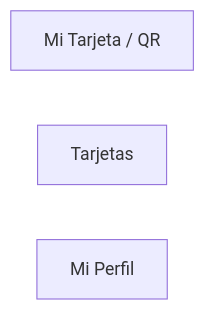
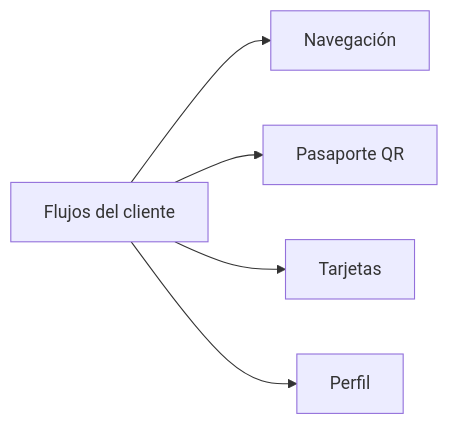
One commit to gagonzalez1/puntazo-docs changed the diagram in docs/flows/20-customer-index.md. Above: the diagram before and after it, drawn with Mermaid. The commit also changed other lines of this file and 42 other files, not shown here.

Commit message:
docs: reconcile current Puntazo architecture and deployed environments

````diff
--- a/docs/flows/20-customer-index.md
+++ b/docs/flows/20-customer-index.md
@@ -15,10 +16,11 @@
 ```mermaid
 flowchart LR
-    QR["Mi Tarjeta / QR"]
-    CARDS["Tarjetas"]
-    PROFILE["Mi Perfil"]
-
-    click QR href "#/flow-customer-passport" "Abrir QR"
-    click CARDS href "#/flow-customer-cards" "Abrir tarjetas"
-    click PROFILE href "#/flow-customer-profile" "Abrir perfil"
+ HUB[Flujos del cliente] --> N0[Navegación]
+ HUB[Flujos del cliente] --> N1[Pasaporte QR]
+ HUB[Flujos del cliente] --> N2[Tarjetas]
+ HUB[Flujos del cliente] --> N3[Perfil]
+ click N0 href "#/flow-customer-navigation" "Abrir Navegación"
+ click N1 href "#/flow-customer-passport" "Abrir Pasaporte QR"
+ click N2 href "#/flow-customer-cards" "Abrir Tarjetas"
+ click N3 href "#/flow-customer-profile" "Abrir Perfil"
 ```
````
